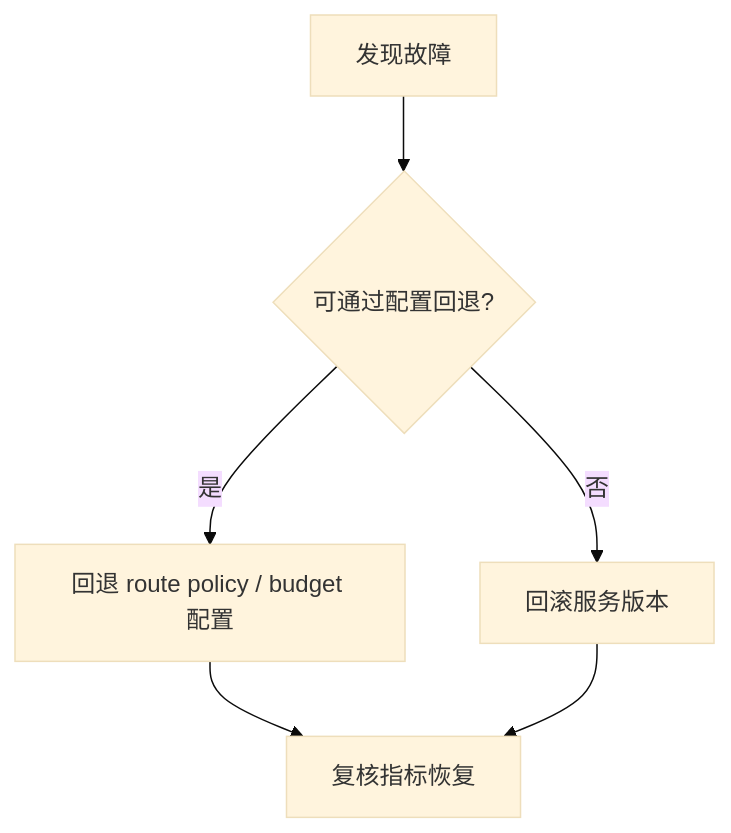
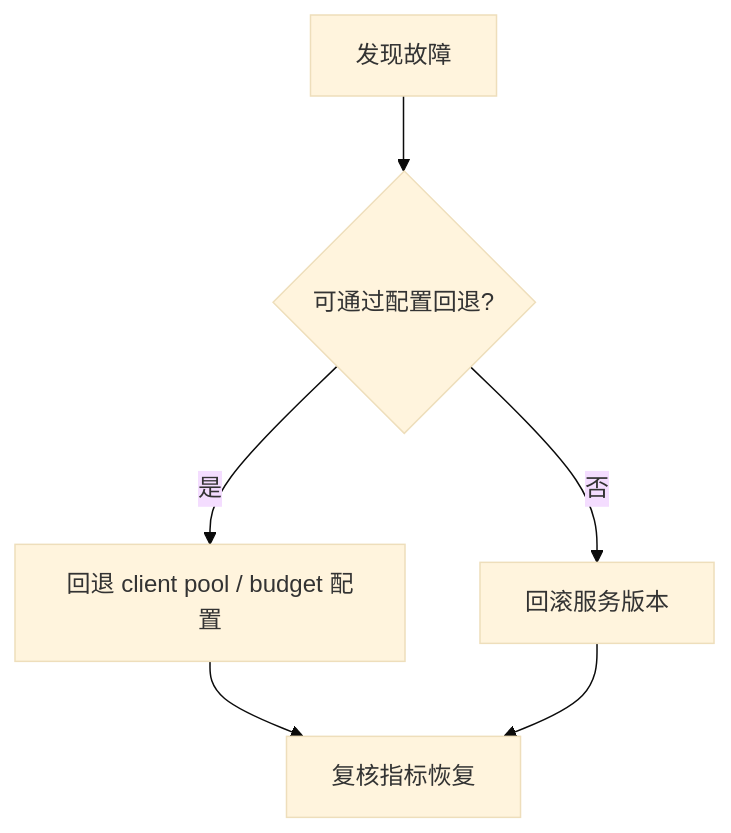
One commit to pczhao1210/ghcp-pool-proxy changed the tenth of 10 diagrams in docs/operations.zh.md. Above: the diagram before and after it, drawn with Mermaid (base theme). The commit also changed other lines of this file and 16 other files, not shown here.

````diff
--- a/docs/operations.zh.md
+++ b/docs/operations.zh.md
@@ -421,8 +420,8 @@
 ```mermaid
 flowchart TD
   A["发现故障"] --> B{"可通过配置回退?"}
-  B -->|"是"| C["回退 route policy / budget 配置"]
+  B -->|"是"| C["回退 client pool / budget 配置"]
   B -->|"否"| D["回滚服务版本"]
   C --> E["复核指标恢复"]
   D --> E
 ```
````
